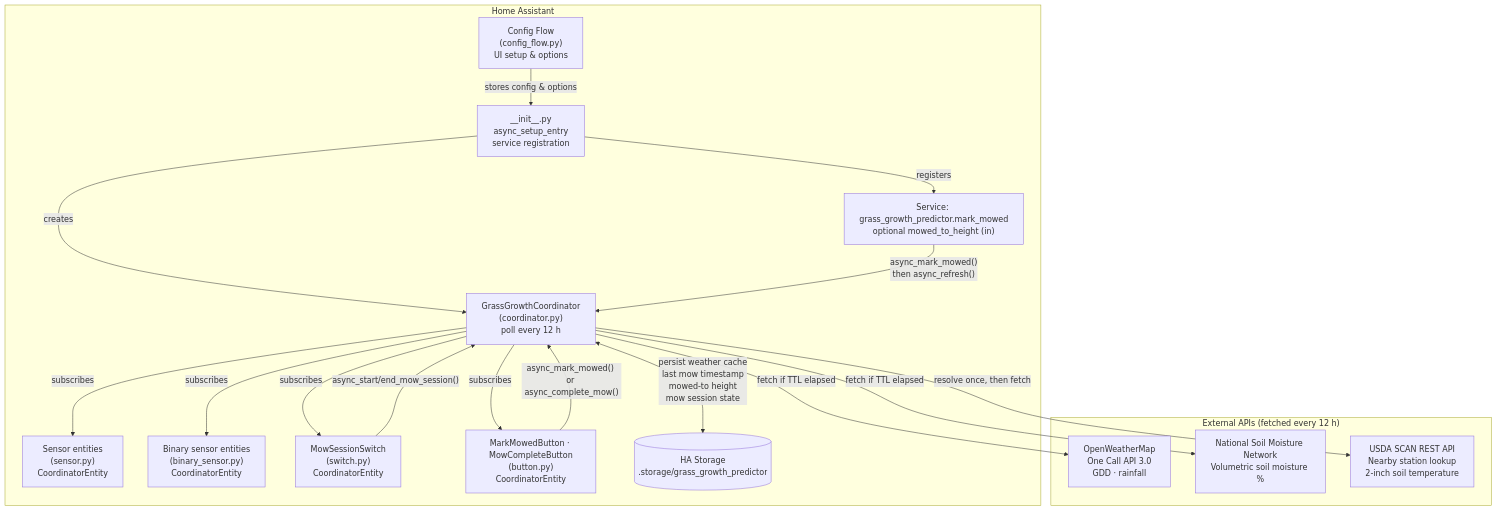
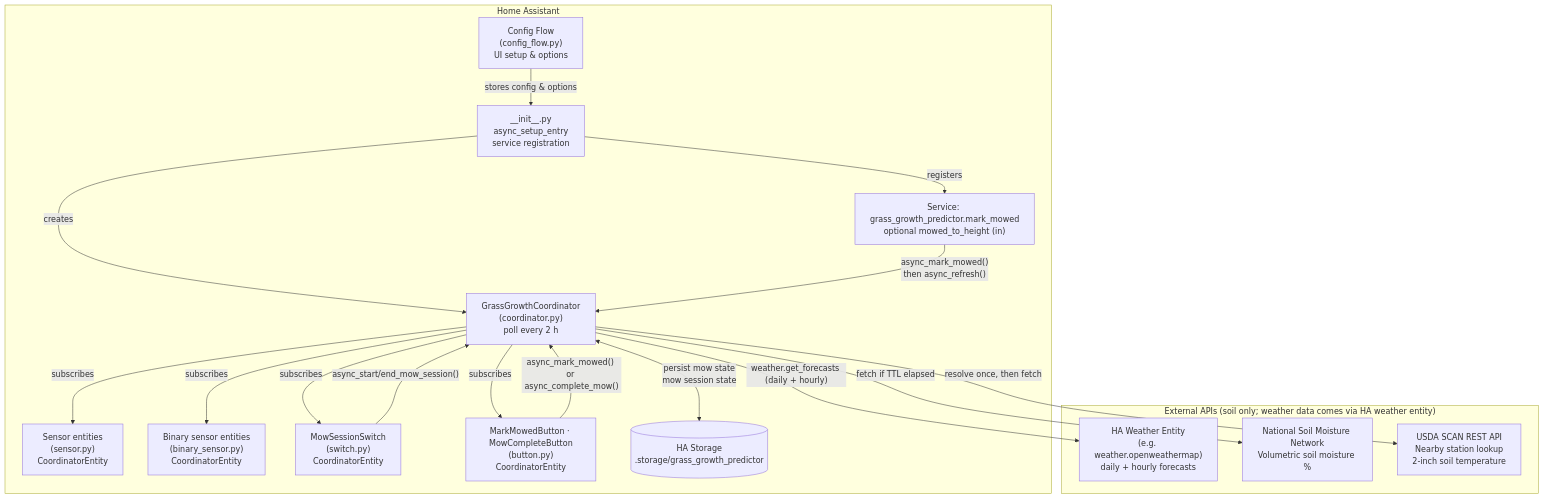
The first of 3 diagrams in ARCHITECTURE.md (seanmahrt/hacs_grass_estimator), drawn with Mermaid before and after one commit. The commit also changed other lines of this file and 8 other files, not shown here.

First line of the commit message:
refactor: replace direct OWM API calls with HA weather entity reads

````diff
--- a/ARCHITECTURE.md
+++ b/ARCHITECTURE.md
@@ -57,35 +77,35 @@
 ```mermaid
 flowchart TD
     subgraph HA["Home Assistant"]
         CF["Config Flow\n(config_flow.py)\nUI setup & options"]
         INIT["__init__.py\nasync_setup_entry\nservice registration"]
-        COORD["GrassGrowthCoordinator\n(coordinator.py)\npoll every 12 h"]
+        COORD["GrassGrowthCoordinator\n(coordinator.py)\npoll every 2 h"]
         SENSOR["Sensor entities\n(sensor.py)\nCoordinatorEntity"]
         BSENSOR["Binary sensor entities\n(binary_sensor.py)\nCoordinatorEntity"]
         SWITCH["MowSessionSwitch\n(switch.py)\nCoordinatorEntity"]
         BUTTON["MarkMowedButton · MowCompleteButton\n(button.py)\nCoordinatorEntity"]
         STORE[("HA Storage\n.storage/grass_growth_predictor")]
         SVC["Service: grass_growth_predictor.mark_mowed\noptional mowed_to_height (in)"]
     end
 
-    subgraph EXTERNAL["External APIs (fetched every 12 h)"]
-        OWM["OpenWeatherMap\nOne Call API 3.0\nGDD · rainfall"]
+    subgraph EXTERNAL["External APIs (soil only; weather data comes via HA weather entity)"]
+        WEATHER["HA Weather Entity\n(e.g. weather.openweathermap)\ndaily + hourly forecasts"]
         NSM["National Soil Moisture Network\nVolumetric soil moisture %"]
         SCAN["USDA SCAN REST API\nNearby station lookup\n2-inch soil temperature"]
     end
 
     CF -->|"stores config & options"| INIT
     INIT -->|"creates"| COORD
     INIT -->|"registers"| SVC
     COORD -->|"subscribes"| SENSOR
     COORD -->|"subscribes"| BSENSOR
     COORD -->|"subscribes"| SWITCH
     COORD -->|"subscribes"| BUTTON
-    COORD <-->|"persist weather cache\nlast mow timestamp\nmowed-to height\nmow session state"| STORE
-    COORD -->|"fetch if TTL elapsed"| OWM
+    COORD <-->|"persist mow state\nmow session state"| STORE
+    COORD -->|"weather.get_forecasts (daily + hourly)"| WEATHER
     COORD -->|"fetch if TTL elapsed"| NSM
     COORD -->|"resolve once, then fetch"| SCAN
     SVC -->|"async_mark_mowed()\nthen async_refresh()"| COORD
     SWITCH -->|"async_start/end_mow_session()"| COORD
     BUTTON -->|"async_mark_mowed() or async_complete_mow()"| COORD
 ```
````
